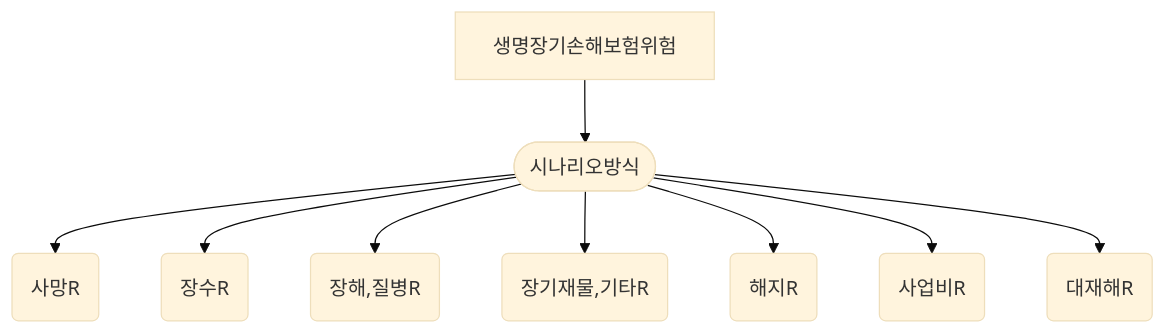
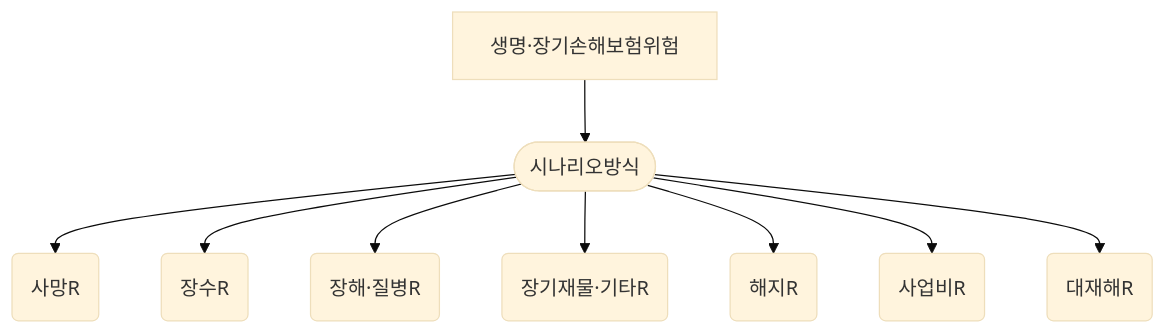
Before and after one commit to sun0lee/minimal-mistakes: the diagram in collections/_kics/04-scr/02-life/index.md, drawn with Mermaid (base theme). The commit also changed other lines of this file and 29 other files, not shown here.

```diff
--- a/collections/_kics/04-scr/02-life/index.md
+++ b/collections/_kics/04-scr/02-life/index.md
@@ -7,11 +7,11 @@
 <div class="mermaid">
 flowchart TD
-    AA[생명장기손해보험위험] --> A
+    AA["생명·장기손해보험위험"] --> A
     A([시나리오방식]) --> B(사망R)
     A --> C(장수R)
-    A --> D(장해,질병R)
-    A --> E(장기재물,기타R)
+    A --> D("장해·질병R")
+    A --> E("장기재물·기타R")
     A --> F(해지R)
     A --> G(사업비R)
     A --> H(대재해R)
 </div>
```
